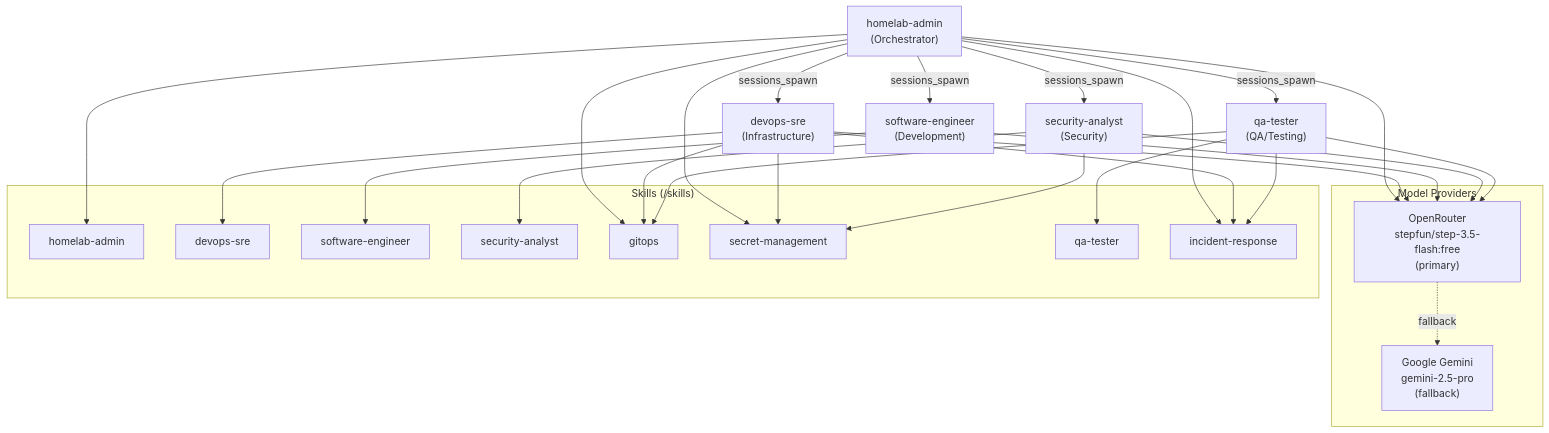
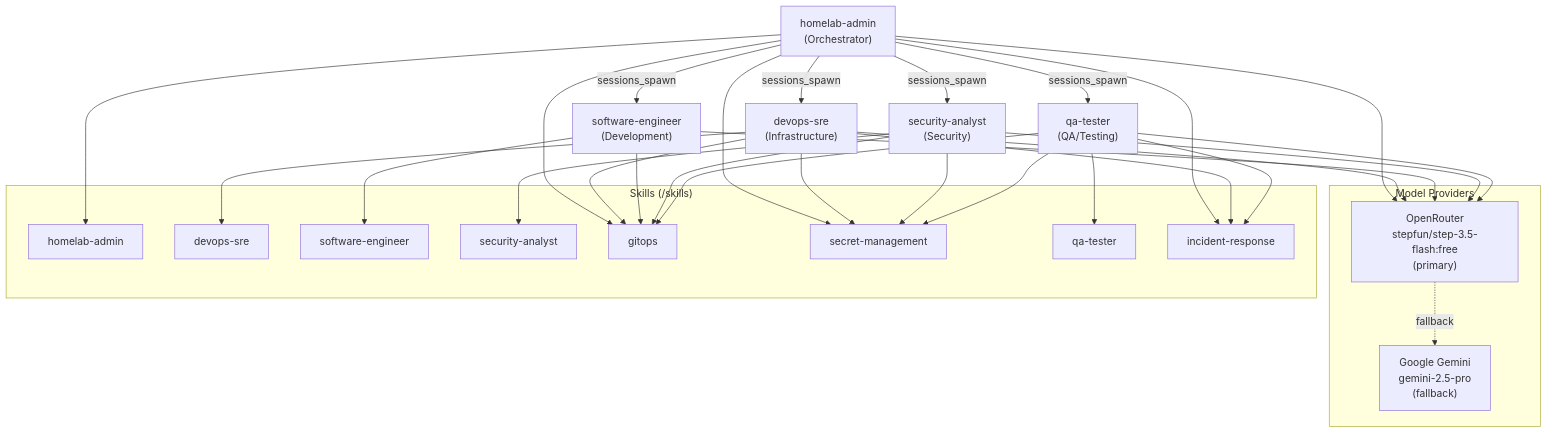
Before and after one commit to haingth77/homelab: the fifth of 5 diagrams in k8s/apps/openclaw/README.md, drawn with Mermaid. The commit also changed other lines of this file and 14 other files, not shown here.

````diff
--- a/k8s/apps/openclaw/README.md
+++ b/k8s/apps/openclaw/README.md
@@ -476,38 +476,38 @@
 ```mermaid
 flowchart TD
     subgraph models["Model Providers"]
         OpenRouterM["OpenRouter\nstepfun/step-3.5-flash:free\n(primary)"]
         GeminiM["Google Gemini\ngemini-2.5-pro\n(fallback)"]
     end
 
     HA["homelab-admin\n(Orchestrator)"]
     DS["devops-sre\n(Infrastructure)"]
     SE["software-engineer\n(Development)"]
     SA["security-analyst\n(Security)"]
     QA["qa-tester\n(QA/Testing)"]
 
     HA -- "sessions_spawn" --> DS
     HA -- "sessions_spawn" --> SE
     HA -- "sessions_spawn" --> SA
     HA -- "sessions_spawn" --> QA
 
     HA & DS & SE & SA & QA --> OpenRouterM
     OpenRouterM -. "fallback" .-> GeminiM
 
     subgraph skills["Skills (/skills)"]
         S1["homelab-admin"]
         S2["devops-sre"]
         S3["software-engineer"]
         S4["security-analyst"]
         S5["gitops"]
         S6["secret-management"]
         S7["qa-tester"]
         S8["incident-response"]
     end
 
     HA --> S1 & S5 & S6 & S8
     DS --> S2 & S5 & S6 & S8
-    SE --> S3
-    SA --> S4 & S6
-    QA --> S7 & S5 & S8
+    SE --> S3 & S5
+    SA --> S4 & S5 & S6
+    QA --> S7 & S5 & S6 & S8
 ```
````
